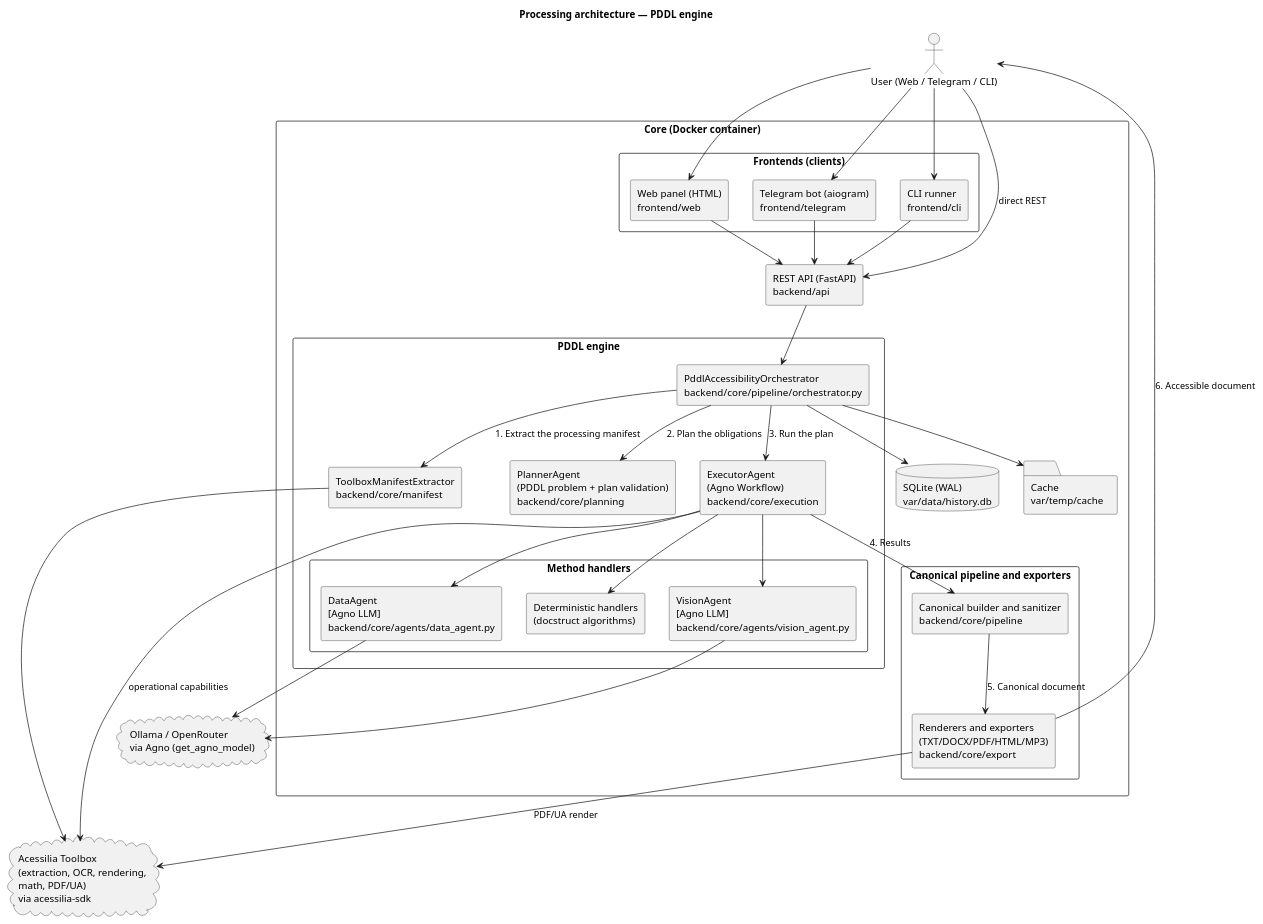
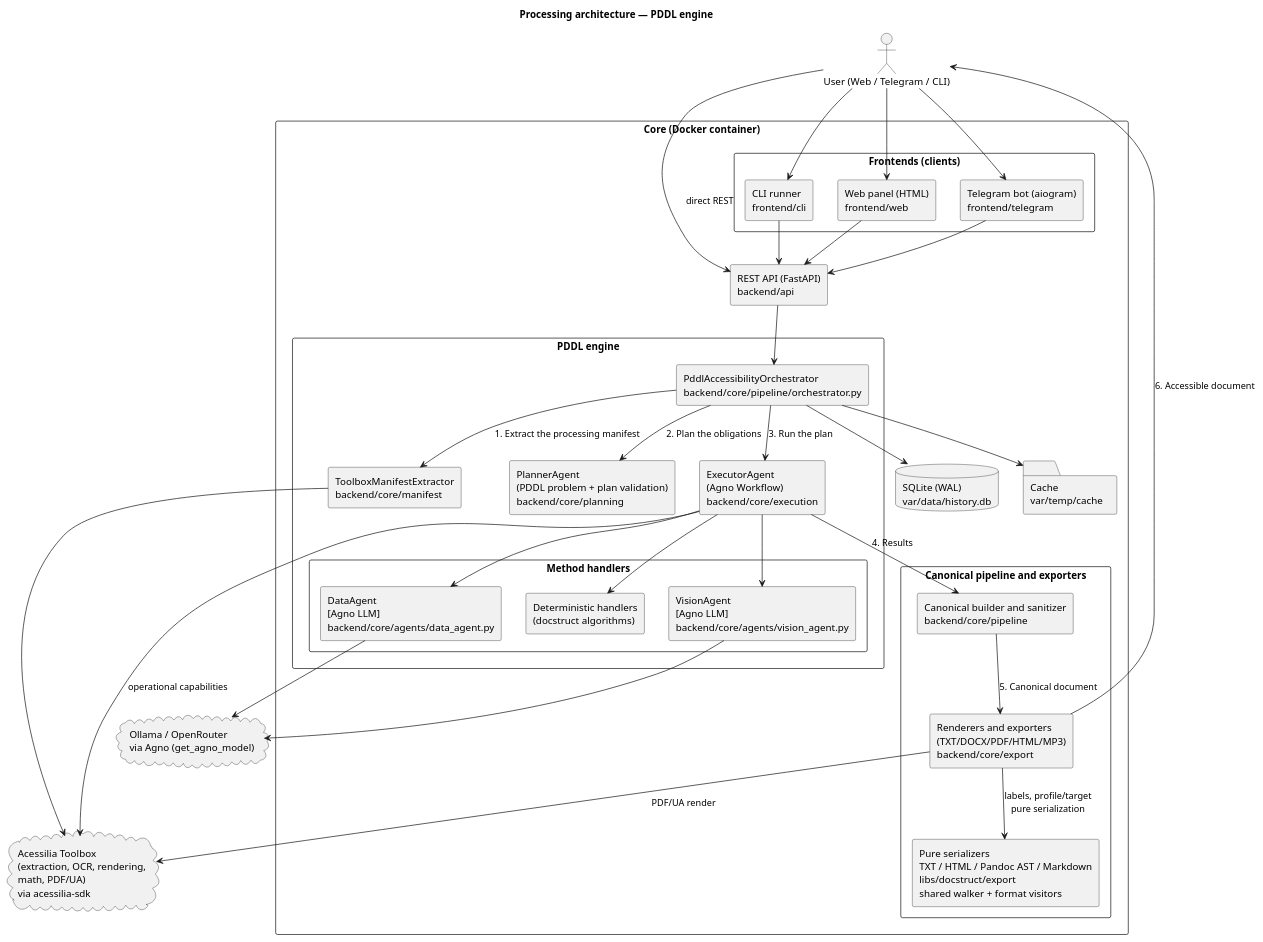
One commit to A11yDevs/acessilia changed the diagram in docs/architecture/architecture.puml. Above: the diagram before and after it, drawn with PlantUML. The commit also changed 14 other files, not shown here.

Commit message:
refactor(exports): migrate pure serializers to shared visitors (#371)

```diff
--- a/docs/architecture/architecture.puml
+++ b/docs/architecture/architecture.puml
@@ -1,74 +1,76 @@
 @startuml architecture
 skinparam componentStyle rectangle
 skinparam shadowing false
 skinparam packageStyle rectangle
 
 title Processing architecture — PDDL engine
 
 actor "User (Web / Telegram / CLI)" as User
 
 package "Core (Docker container)" {
 
   package "Frontends (clients)" {
     component "Web panel (HTML)\nfrontend/web" as WebUI
     component "Telegram bot (aiogram)\nfrontend/telegram" as TelegramBot
     component "CLI runner\nfrontend/cli" as CLI
   }
 
   component "REST API (FastAPI)\nbackend/api" as API
 
   package "PDDL engine" {
     component "PddlAccessibilityOrchestrator\nbackend/core/pipeline/orchestrator.py" as Orchestrator
     component "ToolboxManifestExtractor\nbackend/core/manifest" as Manifest
     component "PlannerAgent\n(PDDL problem + plan validation)\nbackend/core/planning" as Planner
     component "ExecutorAgent\n(Agno Workflow)\nbackend/core/execution" as Executor
 
     package "Method handlers" {
       component "VisionAgent\n[Agno LLM]\nbackend/core/agents/vision_agent.py" as Vision
       component "DataAgent\n[Agno LLM]\nbackend/core/agents/data_agent.py" as Data
       component "Deterministic handlers\n(docstruct algorithms)" as Deterministic
     }
   }
 
   package "Canonical pipeline and exporters" {
     component "Canonical builder and sanitizer\nbackend/core/pipeline" as Pipeline
     component "Renderers and exporters\n(TXT/DOCX/PDF/HTML/MP3)\nbackend/core/export" as Exporters
+    component "Pure serializers\nTXT / HTML / Pandoc AST / Markdown\nlibs/docstruct/export\nshared walker + format visitors" as PureExports
   }
 
   database "SQLite (WAL)\nvar/data/history.db" as DB
   folder "Cache\nvar/temp/cache" as Cache
 }
 
 cloud "Acessilia Toolbox\n(extraction, OCR, rendering,\nmath, PDF/UA)\nvia acessilia-sdk" as Toolbox
 cloud "Ollama / OpenRouter\nvia Agno (get_agno_model)" as AI
 
 User --> WebUI
 User --> TelegramBot
 User --> CLI
 User --> API : direct REST
 
 WebUI --> API
 TelegramBot --> API
 CLI --> API
 API --> Orchestrator
 
 Orchestrator --> DB
 Orchestrator --> Cache
 
 Orchestrator --> Manifest : 1. Extract the processing manifest
 Manifest --> Toolbox
 Orchestrator --> Planner : 2. Plan the obligations
 Orchestrator --> Executor : 3. Run the plan
 Executor --> Vision
 Executor --> Data
 Executor --> Deterministic
 Executor --> Toolbox : operational capabilities
 Vision --> AI
 Data --> AI
 
 Executor --> Pipeline : 4. Results
 Pipeline --> Exporters : 5. Canonical document
+Exporters --> PureExports : labels, profile/target\npure serialization
 Exporters --> Toolbox : PDF/UA render
 Exporters --> User : 6. Accessible document
 
 @enduml
```
